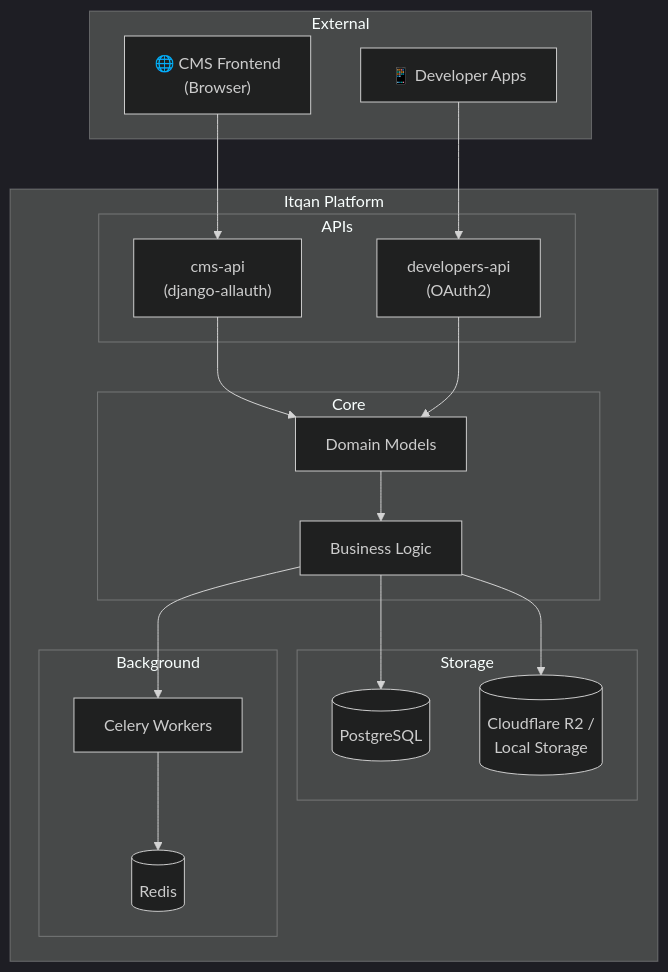
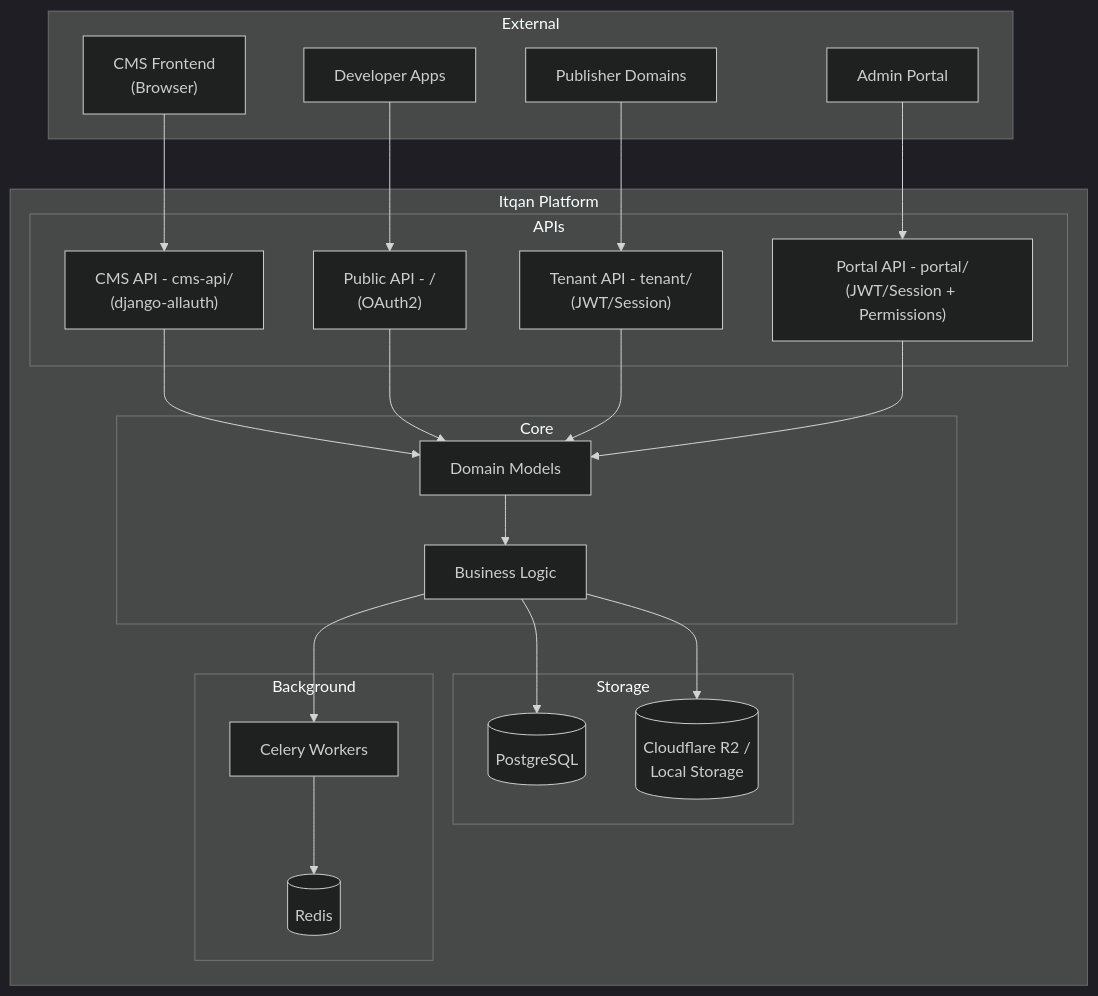
Before and after one commit to Itqan-community/cms-backend: the seventh of 8 diagrams in docs/ARCHITECTURE.md, drawn with Mermaid (dark theme). The commit also changed other lines of this file and 10 other files, not shown here.

Commit message:
feat: add portal api and update docs

````diff
--- a/docs/ARCHITECTURE.md
+++ b/docs/ARCHITECTURE.md
@@ -277,39 +283,47 @@
 ```mermaid
 flowchart TB
     subgraph External
-        Browser["🌐 CMS Frontend<br/>(Browser)"]
-        DevApp["📱 Developer Apps"]
+        Browser["CMS Frontend<br/>(Browser)"]
+        DevApp["Developer Apps"]
+        PubDomain["Publisher Domains"]
+        AdminUI["Admin Portal"]
     end
 
     subgraph Itqan Platform
         subgraph APIs
-            CMS["cms-api<br/>(django-allauth)"]
-            PUB["developers-api<br/>(OAuth2)"]
+            CMS["CMS API - cms-api/<br/>(django-allauth)"]
+            PUB["Public API - /<br/>(OAuth2)"]
+            TENANT["Tenant API - tenant/<br/>(JWT/Session)"]
+            PORTAL["Portal API - portal/<br/>(JWT/Session + Permissions)"]
         end
 
         subgraph Core
             Models["Domain Models"]
             Services["Business Logic"]
         end
 
         subgraph Storage
             DB[(PostgreSQL)]
             Files[(Cloudflare R2 /<br/>Local Storage)]
         end
 
         subgraph Background
             Celery["Celery Workers"]
             Redis[(Redis)]
         end
     end
 
     Browser --> CMS
     DevApp --> PUB
+    PubDomain --> TENANT
+    AdminUI --> PORTAL
     CMS --> Models
     PUB --> Models
+    TENANT --> Models
+    PORTAL --> Models
     Models --> Services
     Services --> DB
     Services --> Files
     Services --> Celery
     Celery --> Redis
 ```
````
